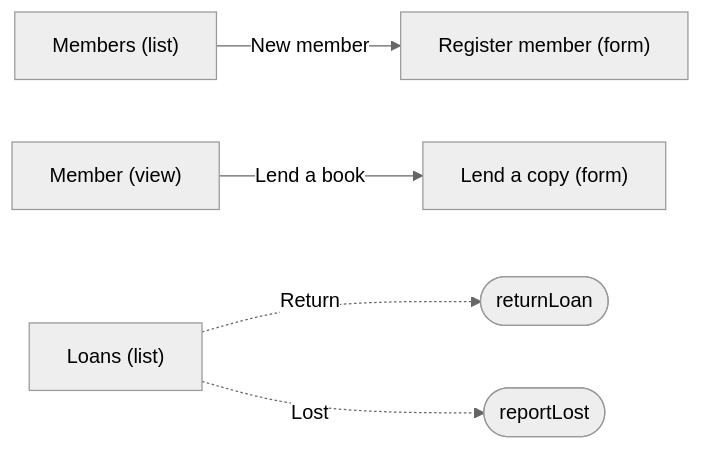
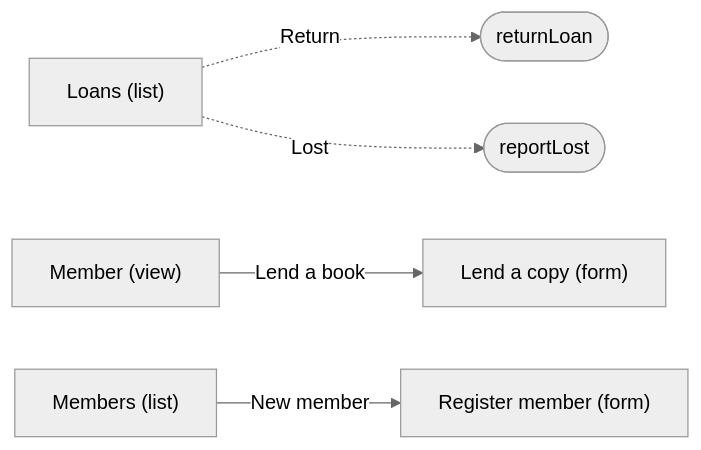
Diagram 11 of 11 in examples/library-lending/docs/techspec.md (SpecArch/specarch), drawn with Mermaid (neutral theme) before and after one commit. The commit also changed other lines of this file and 98 other files, not shown here.

````diff
--- a/examples/library-lending/docs/techspec.md
+++ b/examples/library-lending/docs/techspec.md
@@ -368,14 +503,14 @@
 ```mermaid
 flowchart LR
-  members_list["Members (list)"]
+  loan_form["Lend a copy (form)"]
+  loans_list["Loans (list)"]
   member_form["Register member (form)"]
   member_view["Member (view)"]
-  loan_form["Lend a copy (form)"]
-  loans_list["Loans (list)"]
-  members_list -->|"New member"| member_form
-  member_view -->|"Lend a book"| loan_form
+  members_list["Members (list)"]
   op_returnLoan(["returnLoan"])
   loans_list -.->|"Return"| op_returnLoan
   op_reportLost(["reportLost"])
   loans_list -.->|"Lost"| op_reportLost
+  member_view -->|"Lend a book"| loan_form
+  members_list -->|"New member"| member_form
 ```
````
